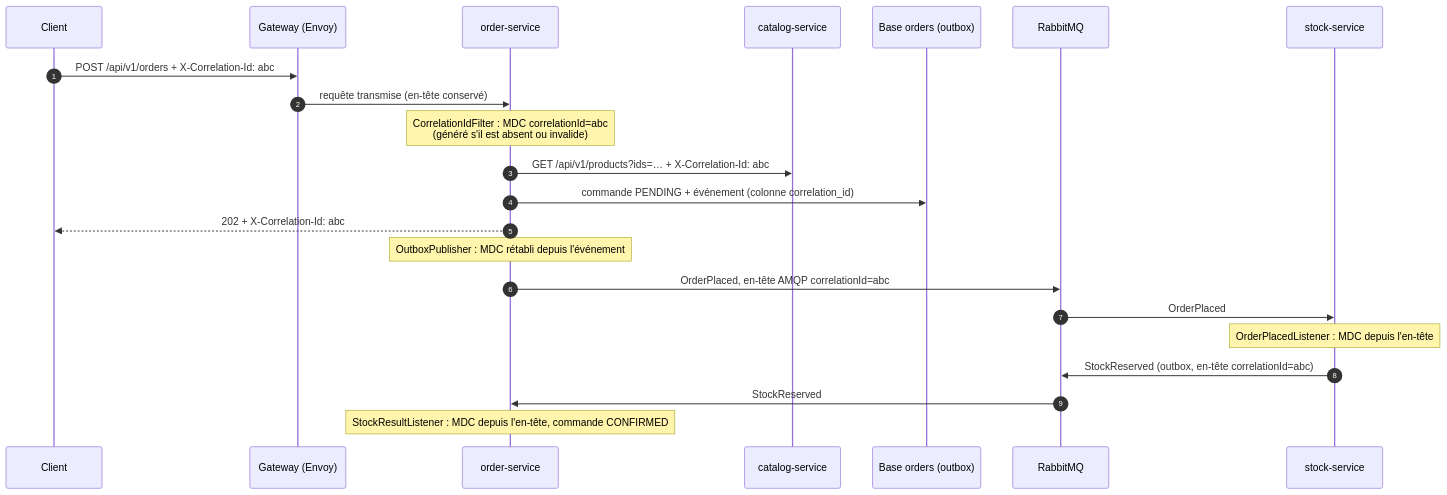
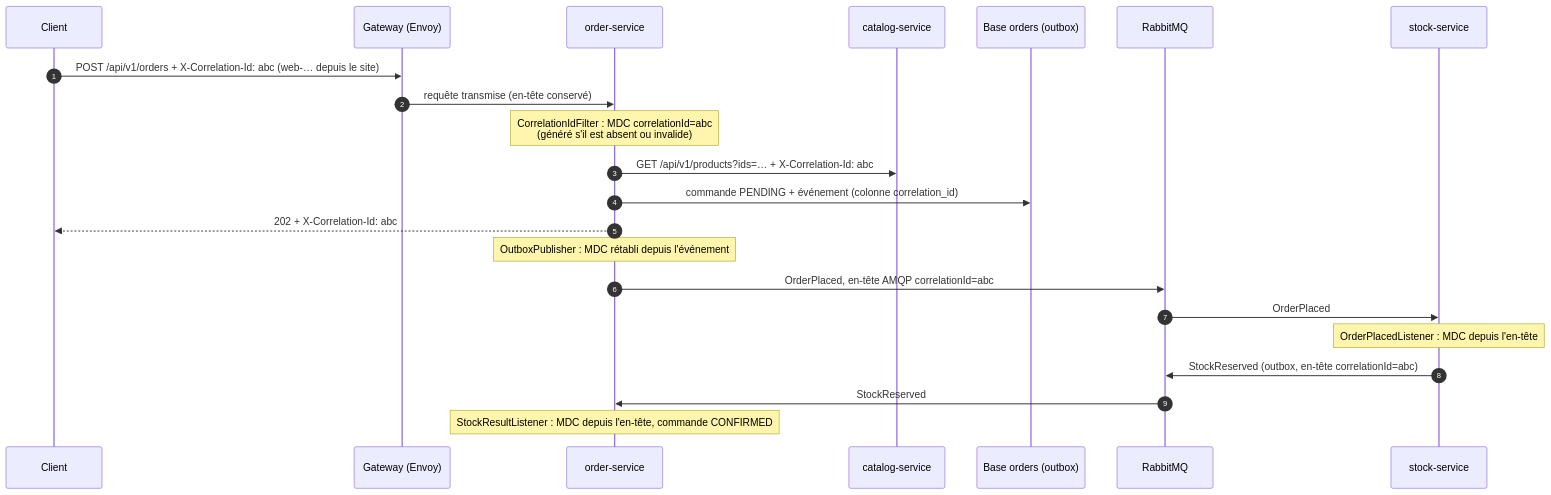
The diagram in docs/12-observabilite.md (mbanzaroger/petitemaisonepouvante), drawn with Mermaid before and after one commit. The commit also changed other lines of this file and 14 other files, not shown here.

First line of the commit message:
docs: site web v2 (ADR-002 complété, observabilité, tests, pipeline, démo, soutenance, v1.2.0)

````diff
--- a/docs/12-observabilite.md
+++ b/docs/12-observabilite.md
@@ -22,24 +23,24 @@
 ```mermaid
 sequenceDiagram
     autonumber
     participant C as Client
     participant G as Gateway (Envoy)
     participant O as order-service
     participant CA as catalog-service
     participant DB as Base orders (outbox)
     participant MQ as RabbitMQ
     participant S as stock-service
-    C->>G: POST /api/v1/orders + X-Correlation-Id: abc
+    C->>G: POST /api/v1/orders + X-Correlation-Id: abc (web-… depuis le site)
     G->>O: requête transmise (en-tête conservé)
     Note over O: CorrelationIdFilter : MDC correlationId=abc<br/>(généré s'il est absent ou invalide)
     O->>CA: GET /api/v1/products?ids=… + X-Correlation-Id: abc
     O->>DB: commande PENDING + événement (colonne correlation_id)
     O-->>C: 202 + X-Correlation-Id: abc
     Note over O: OutboxPublisher : MDC rétabli depuis l'événement
     O->>MQ: OrderPlaced, en-tête AMQP correlationId=abc
     MQ->>S: OrderPlaced
     Note over S: OrderPlacedListener : MDC depuis l'en-tête
     S->>MQ: StockReserved (outbox, en-tête correlationId=abc)
     MQ->>O: StockReserved
     Note over O: StockResultListener : MDC depuis l'en-tête, commande CONFIRMED
 ```
````
